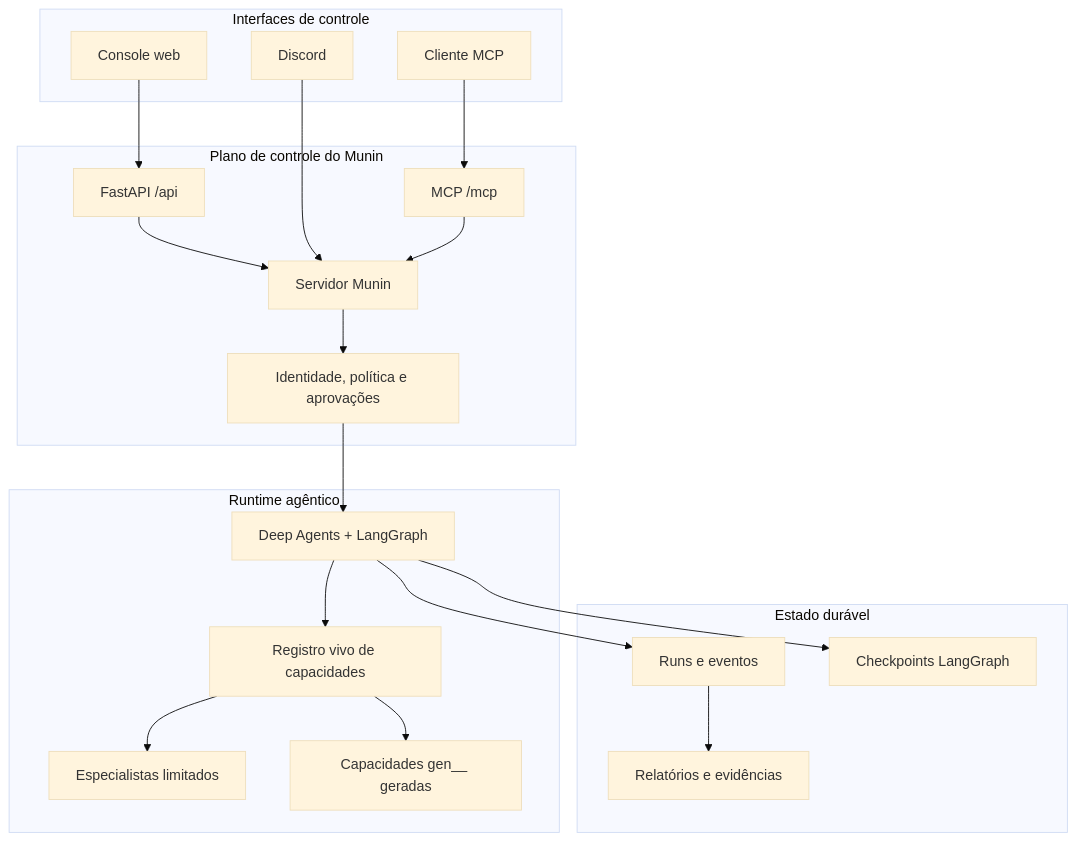
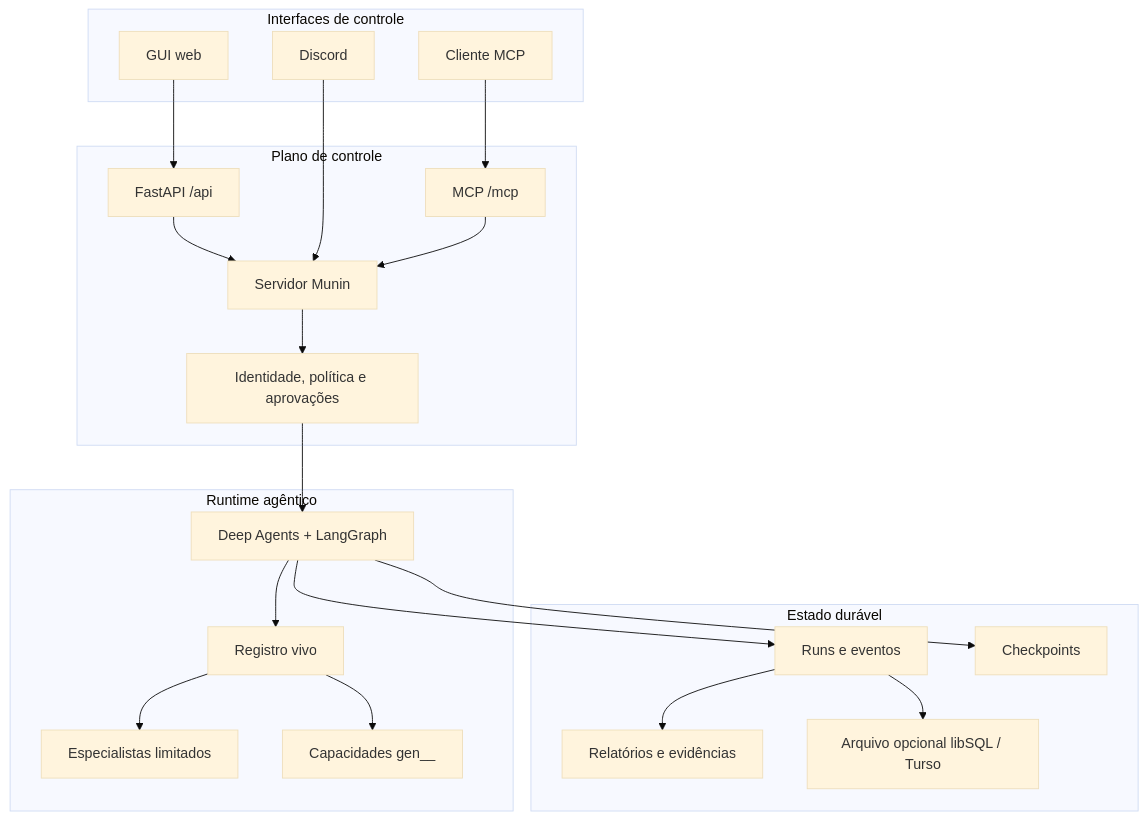
The third of 5 diagrams in README.pt-BR.md (PrinceOfPwn/Munin), drawn with Mermaid (base theme) before and after one commit. The commit also changed other lines of this file, not shown here.

````diff
--- a/README.pt-BR.md
+++ b/README.pt-BR.md
@@ -55,39 +119,37 @@
 ```mermaid
 flowchart TB
     subgraph Interfaces[Interfaces de controle]
-        Web[Console web]
+        Web[GUI web]
         Discord[Discord]
         MCPClient[Cliente MCP]
     end
-
-    subgraph Control[Plano de controle do Munin]
+    subgraph Control[Plano de controle]
         API[FastAPI /api]
         MCP[MCP /mcp]
         Server[Servidor Munin]
         Policy[Identidade, política e aprovações]
     end
-
     subgraph Runtime[Runtime agêntico]
         Graph[Deep Agents + LangGraph]
-        Registry[Registro vivo de capacidades]
+        Registry[Registro vivo]
         Specialists[Especialistas limitados]
-        Generated[Capacidades gen__ geradas]
+        Generated[Capacidades gen__]
     end
-
     subgraph State[Estado durável]
         Timeline[Runs e eventos]
-        Checkpoints[Checkpoints LangGraph]
+        Checkpoints[Checkpoints]
         Artifacts[Relatórios e evidências]
+        Archive[Arquivo opcional libSQL / Turso]
     end
-
     Web --> API --> Server
     Discord --> Server
     MCPClient --> MCP --> Server
     Server --> Policy --> Graph
     Graph --> Registry
     Registry --> Specialists
     Registry --> Generated
     Graph --> Timeline
     Graph --> Checkpoints
     Timeline --> Artifacts
+    Timeline --> Archive
 ```
````
